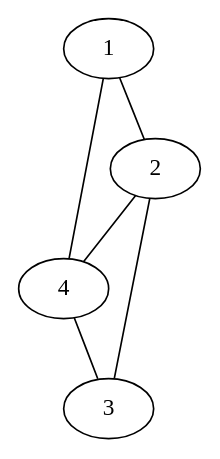
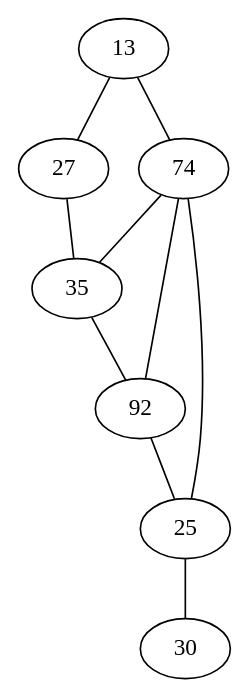
The diagram in testes/grafo1.dot (vinicius-de-souza/graphapplication), drawn with Graphviz before and after one commit. The commit also changed 12 other files, not shown here.

```diff
--- a/testes/grafo1.dot
+++ b/testes/grafo1.dot
@@ -1,15 +1,23 @@
 strict graph G { 
  
 
-    1 --  2
-    1 --  4
-    2 --  1
-    2 --  4
-    2 --  3
-    4 --  1
-    4 --  2
-    4 --  3
-    3 --  2
-    3 --  4
+    13 --  74
+    13 --  27
+    74 --  13
+    74 --  35
+    74 --  92
+    74 --  25
+    27 --  13
+    27 --  35
+    35 --  27
+    35 --  92
+    35 --  74
+    92 --  35
+    92 --  74
+    92 --  25
+    25 --  74
+    25 --  92
+    25 --  30
+    30 --  25
 
  }
```
